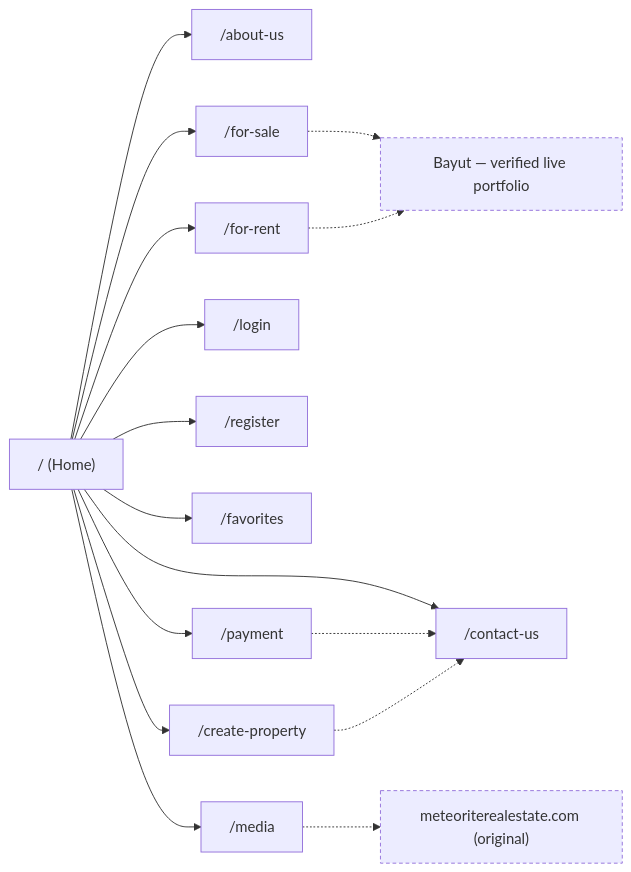
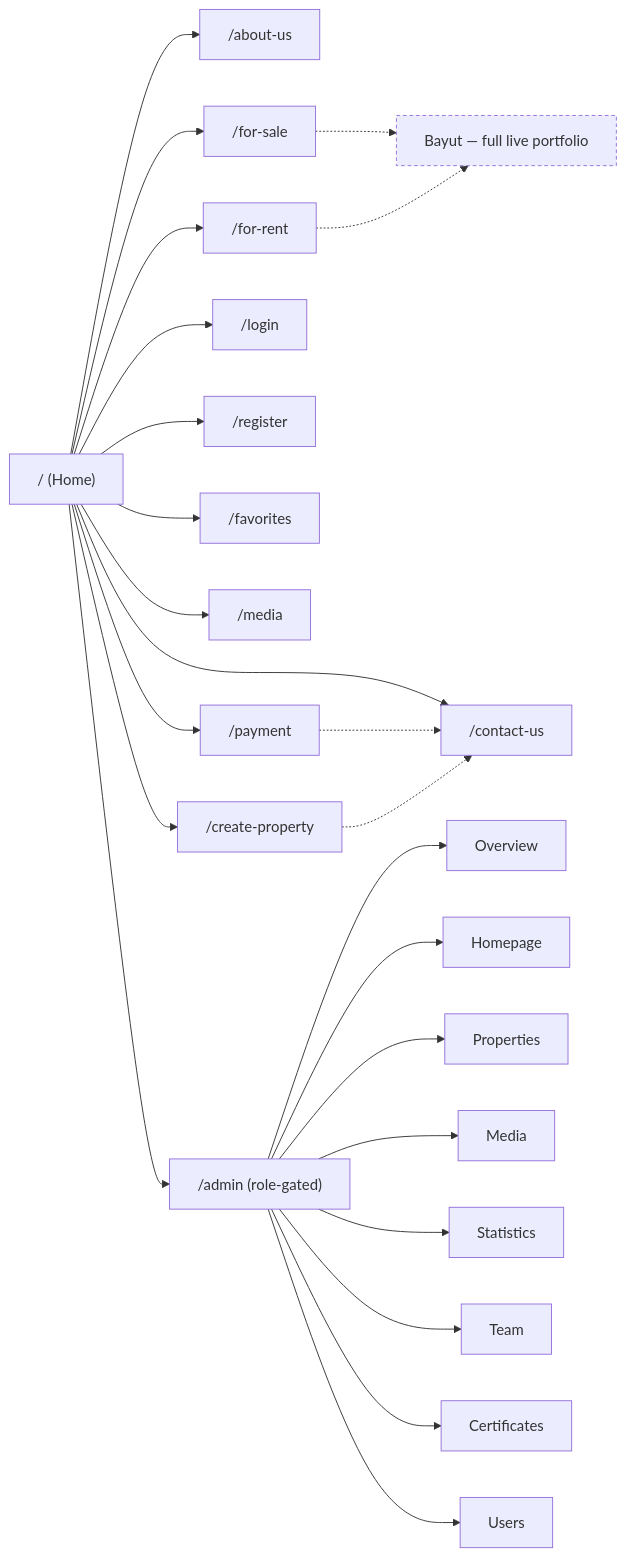
Before and after one commit to QossayKamel22/Meteorite-Real-estate: the diagram in README.md, drawn with Mermaid. The commit also changed other lines of this file and 6 other files, not shown here.

````diff
--- a/README.md
+++ b/README.md
@@ -58,22 +97,30 @@
 ```mermaid
 flowchart LR
     Home["/ (Home)"] --> About["/about-us"]
     Home --> ForSale["/for-sale"]
     Home --> ForRent["/for-rent"]
     Home --> Contact["/contact-us"]
     Home --> Login["/login"]
     Home --> Register["/register"]
     Home --> Favorites["/favorites"]
     Home --> Media["/media"]
     Home --> Payment["/payment"]
     Home --> AddProperty["/create-property"]
+    Home --> Admin["/admin (role-gated)"]
 
-    ForSale -.-> Bayut["Bayut — verified live portfolio"]
+    ForSale -.-> Bayut["Bayut — full live portfolio"]
     ForRent -.-> Bayut
-    Media -.-> LiveSite["meteoriterealestate.com (original)"]
     Payment -.-> Contact
     AddProperty -.-> Contact
 
+    Admin --> AdminOverview["Overview"]
+    Admin --> AdminHomepage["Homepage"]
+    Admin --> AdminProperties["Properties"]
+    Admin --> AdminMedia["Media"]
+    Admin --> AdminStats["Statistics"]
+    Admin --> AdminTeam["Team"]
+    Admin --> AdminCerts["Certificates"]
+    Admin --> AdminUsers["Users"]
+
     style Bayut stroke-dasharray: 4 3
-    style LiveSite stroke-dasharray: 4 3
 ```
````
